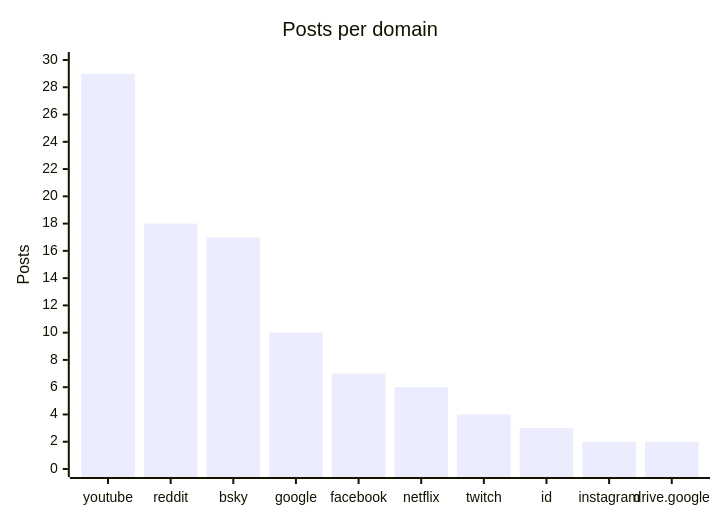
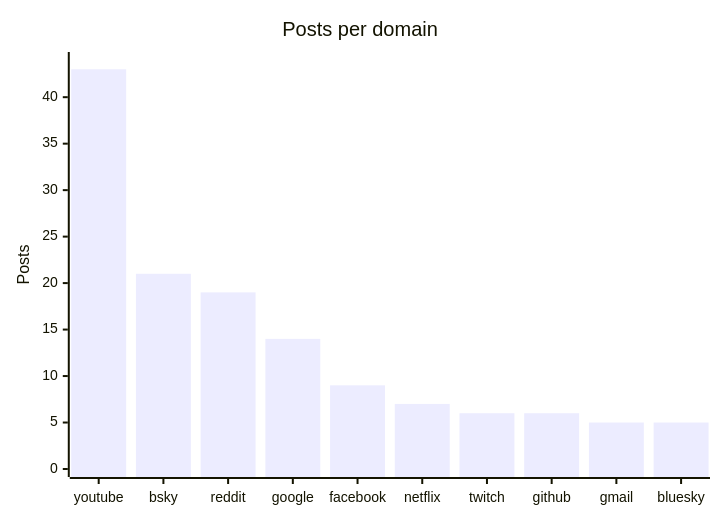
One commit to martinbalfanz/social-scanner-reports changed the fourth of 4 diagrams in README.md. Above: the diagram before and after it, drawn with Mermaid. The commit also changed other lines of this file and 7 other files, not shown here.

````diff
--- a/README.md
+++ b/README.md
@@ -58,7 +58,7 @@
 ```mermaid
 xychart-beta
     title "Posts per domain"
-    x-axis ["youtube", "reddit", "bsky", "google", "facebook", "netflix", "twitch", "id", "instagram", "drive.google"]
-    y-axis "Posts" 0 --> 30
-    bar [29, 18, 17, 10, 7, 6, 4, 3, 2, 2]
+    x-axis ["youtube", "bsky", "reddit", "google", "facebook", "netflix", "twitch", "github", "gmail", "bluesky"]
+    y-axis "Posts" 0 --> 44
+    bar [43, 21, 19, 14, 9, 7, 6, 6, 5, 5]
 ```
````
